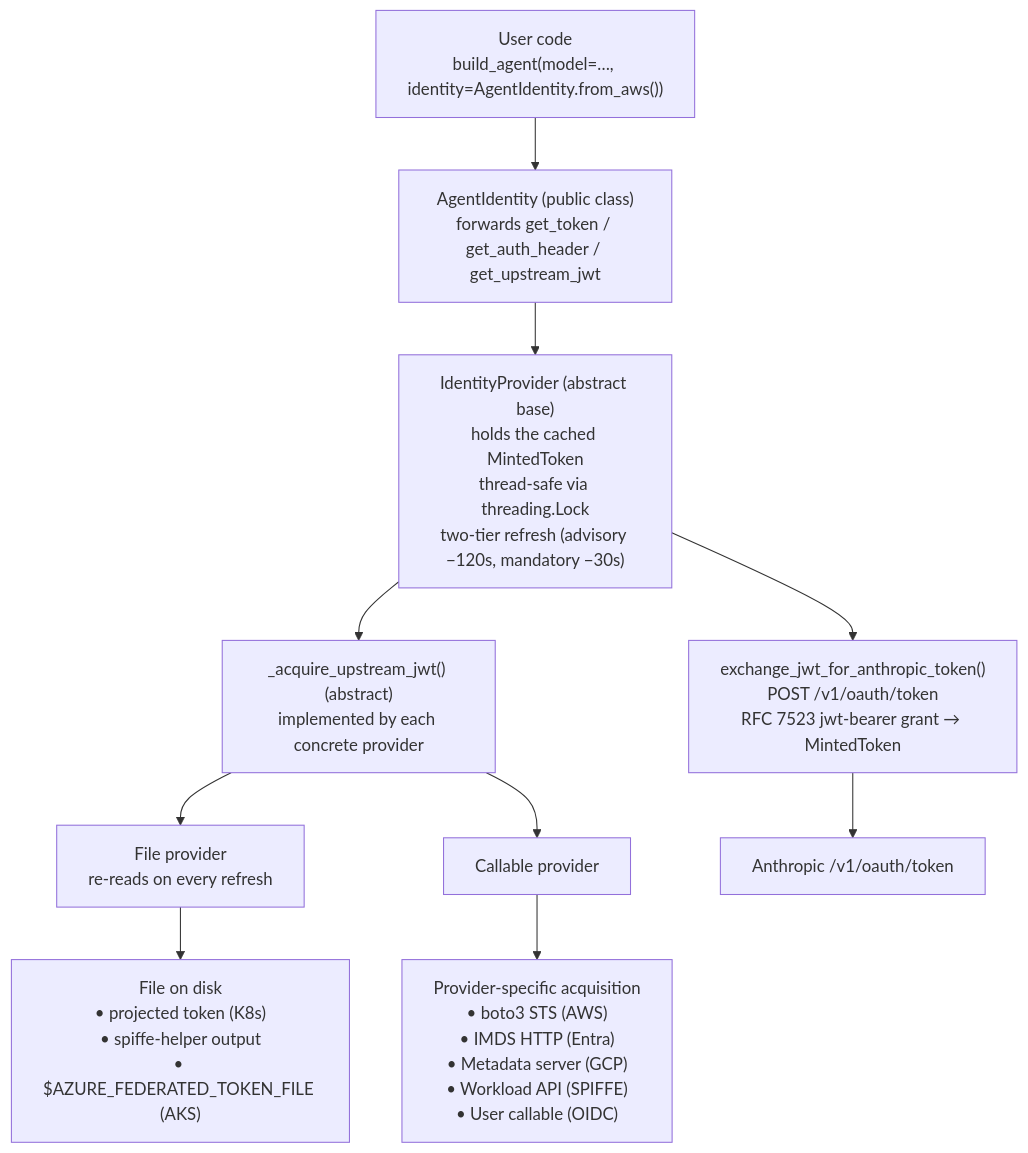
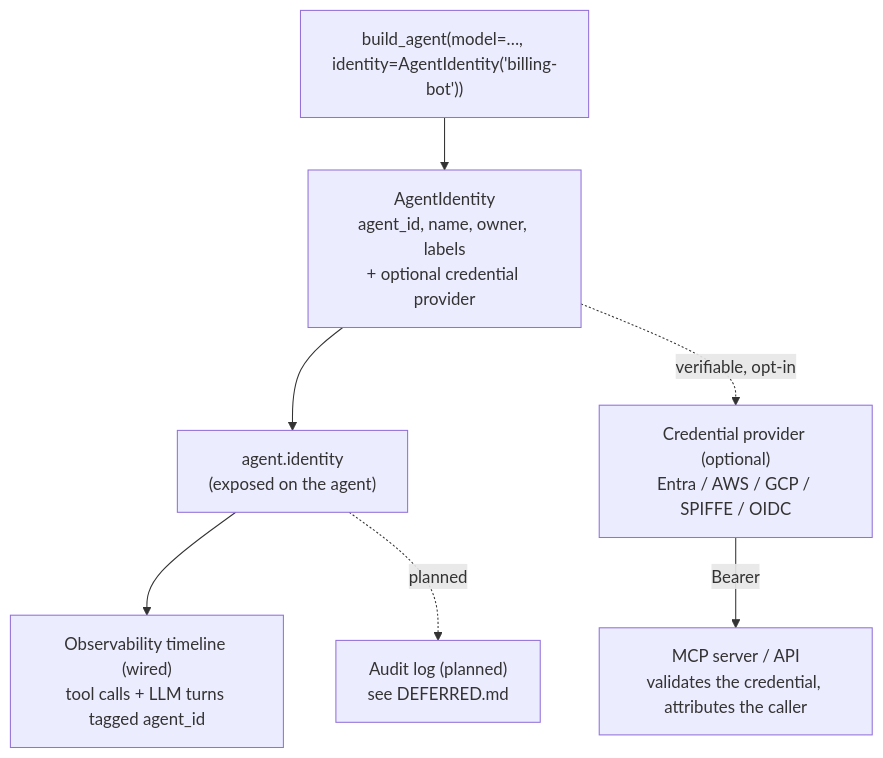
Before and after one commit to CloudEngineHub/DeepMCPAgent: the diagram in docs/identity/architecture.md, drawn with Mermaid. The commit also changed other lines of this file and 78 other files, not shown here.

````diff
--- a/docs/identity/architecture.md
+++ b/docs/identity/architecture.md
@@ -9,22 +10,15 @@
 ```mermaid
 flowchart TD
-    U["User code<br/>build_agent(model=…, identity=AgentIdentity.from_aws())"]
-    AI["AgentIdentity (public class)<br/>forwards get_token / get_auth_header / get_upstream_jwt"]
-    IP["IdentityProvider (abstract base)<br/>holds the cached MintedToken<br/>thread-safe via threading.Lock<br/>two-tier refresh (advisory −120s, mandatory −30s)"]
-    ACQ["_acquire_upstream_jwt() (abstract)<br/>implemented by each concrete provider"]
-    EX["exchange_jwt_for_anthropic_token()<br/>POST /v1/oauth/token<br/>RFC 7523 jwt-bearer grant → MintedToken"]
-    FILE["File provider<br/>re-reads on every refresh"]
-    CALL["Callable provider"]
-    PS["Provider-specific acquisition<br/>• boto3 STS (AWS)<br/>• IMDS HTTP (Entra)<br/>• Metadata server (GCP)<br/>• Workload API (SPIFFE)<br/>• User callable (OIDC)"]
-    DISK["File on disk<br/>• projected token (K8s)<br/>• spiffe-helper output<br/>• $AZURE_FEDERATED_TOKEN_FILE (AKS)"]
-    ANTH["Anthropic /v1/oauth/token"]
+    U["build_agent(model=…, identity=AgentIdentity('billing-bot'))"]
+    AI["AgentIdentity<br/>agent_id, name, owner, labels<br/>+ optional credential provider"]
+    AG["agent.identity<br/>(exposed on the agent)"]
+    OBS["Observability timeline (wired)<br/>tool calls + LLM turns tagged agent_id"]
+    AUD["Audit log (planned)<br/>see DEFERRED.md"]
+    CRED["Credential provider (optional)<br/>Entra / AWS / GCP / SPIFFE / OIDC"]
+    MCP["MCP server / API<br/>validates the credential, attributes the caller"]
 
-    U --> AI --> IP
-    IP --> ACQ
-    IP --> EX
-    EX --> ANTH
-    ACQ --> FILE
-    ACQ --> CALL
-    CALL --> PS
-    FILE --> DISK
+    U --> AI --> AG
+    AG --> OBS
+    AG -. planned .-> AUD
+    AI -. verifiable, opt-in .-> CRED -->|"Bearer <jwt>"| MCP
 ```
````
